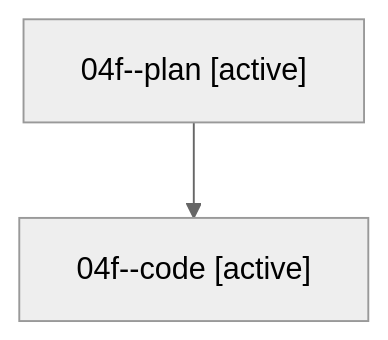
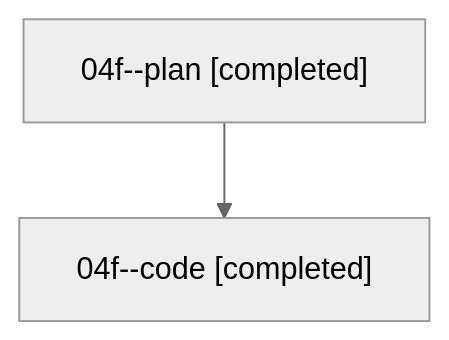
Before and after one commit to sase-org/sase--agents: the diagram in families/bbugyi200.athena.04f.md, drawn with Mermaid (neutral theme). The commit also changed other lines of this file and 287 other files, not shown here.

````diff
--- a/families/bbugyi200.athena.04f.md
+++ b/families/bbugyi200.athena.04f.md
@@ -9,6 +9,6 @@
 ```mermaid
 flowchart TD
-  n0["04f--plan [active]"]
-  n1["04f--code [active]"]
+  n0["04f--plan [completed]"]
+  n1["04f--code [completed]"]
   n0 --> n1
 ```
````
